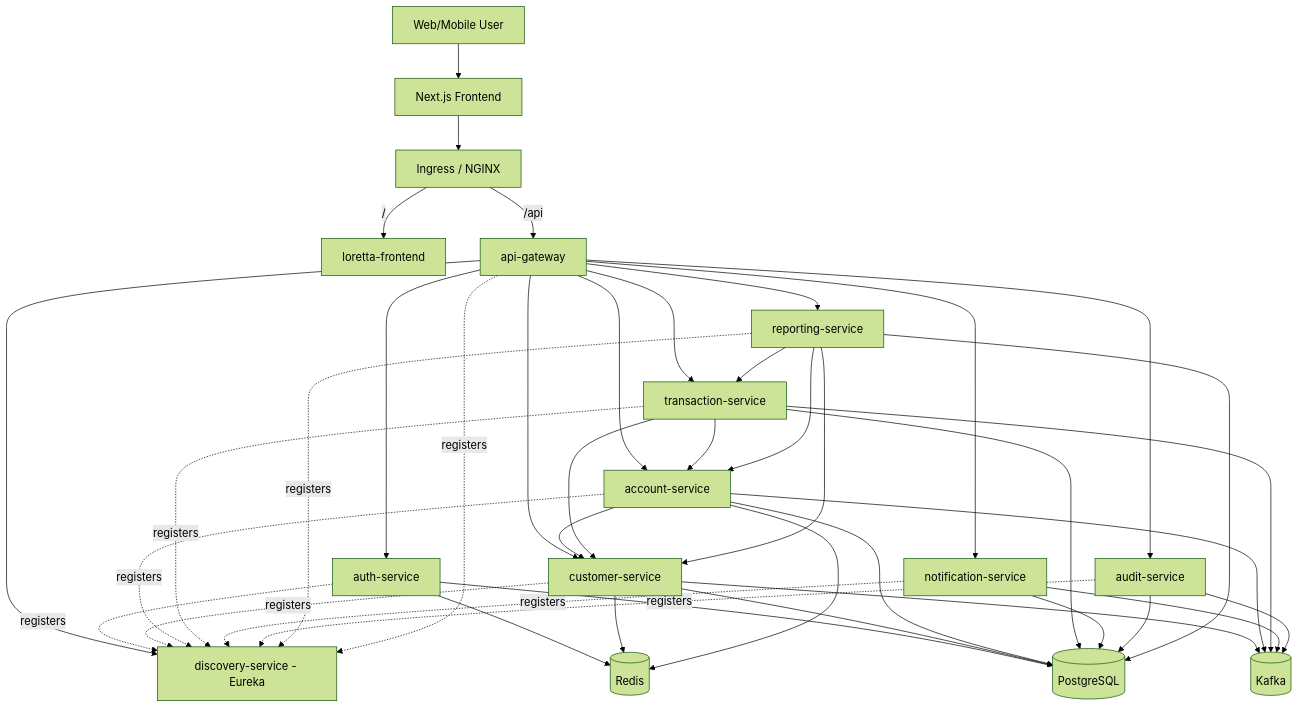
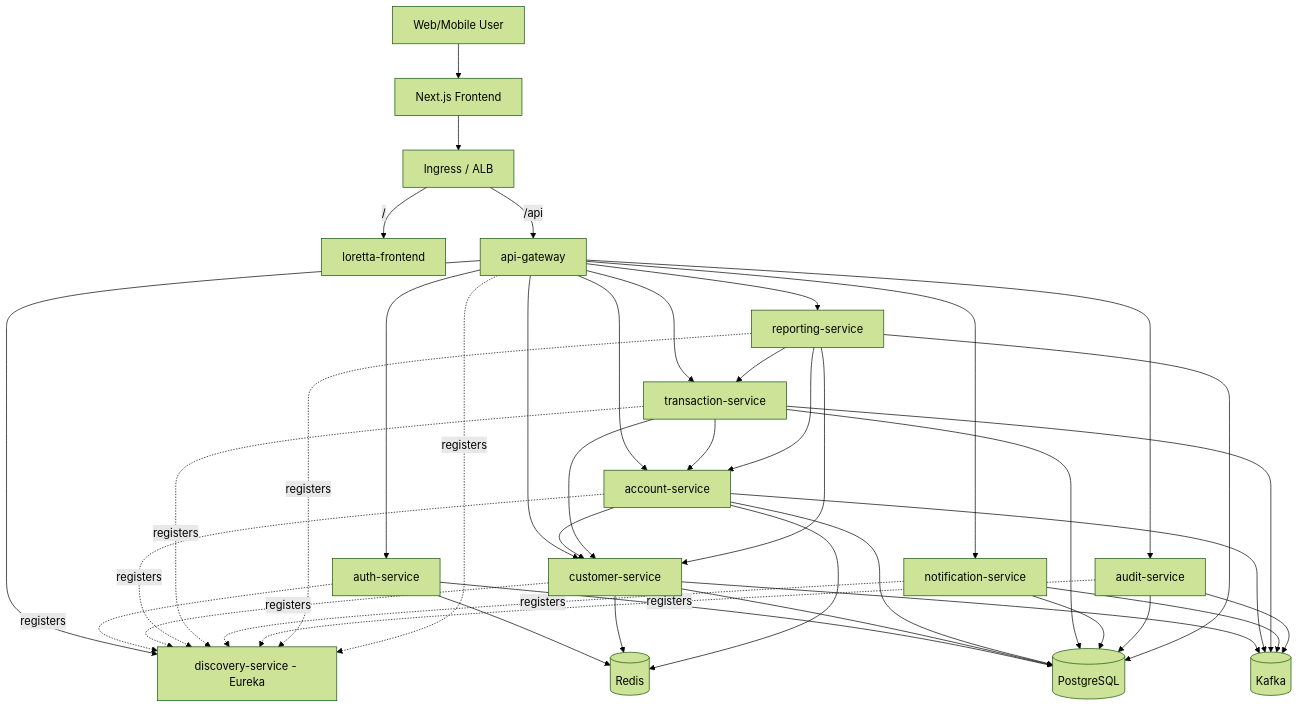
Before and after one commit to 7irelo/loretta-bank: the diagram in README.md, drawn with Mermaid (forest theme). The commit also changed other lines of this file and 131 other files, not shown here.

````diff
--- a/README.md
+++ b/README.md
@@ -6,44 +7,44 @@
 ```mermaid
 flowchart TD;
     User["Web/Mobile User"] --> Frontend["Next.js Frontend"];
-    Frontend --> Ingress["Ingress / NGINX"];
+    Frontend --> Ingress["Ingress / ALB"];
     Ingress -->|/| FrontendSvc["loretta-frontend"];
     Ingress -->|/api| Gateway["api-gateway"];
     Gateway --> Discovery["discovery-service - Eureka"];
     Gateway --> Auth["auth-service"];
     Gateway --> Customer["customer-service"];
     Gateway --> Account["account-service"];
     Gateway --> Transaction["transaction-service"];
     Gateway --> Notification["notification-service"];
     Gateway --> Audit["audit-service"];
     Gateway --> Reporting["reporting-service"];
     Auth --> Redis[(Redis)];
     Auth --> Postgres[(PostgreSQL)];
     Customer --> Redis;
     Customer --> Postgres;
     Account --> Redis;
     Account --> Postgres;
     Transaction --> Postgres;
     Notification --> Postgres;
     Audit --> Postgres;
     Reporting --> Postgres;
     Customer --> Kafka[(Kafka)];
     Account --> Kafka;
     Transaction --> Kafka;
     Notification --> Kafka;
     Audit --> Kafka;
     Account --> Customer;
     Transaction --> Account;
     Transaction --> Customer;
     Reporting --> Account;
     Reporting --> Customer;
     Reporting --> Transaction;
     Auth -. registers .-> Discovery;
     Customer -. registers .-> Discovery;
     Account -. registers .-> Discovery;
     Transaction -. registers .-> Discovery;
     Notification -. registers .-> Discovery;
     Audit -. registers .-> Discovery;
     Reporting -. registers .-> Discovery;
     Gateway -. registers .-> Discovery;
 ```
````
